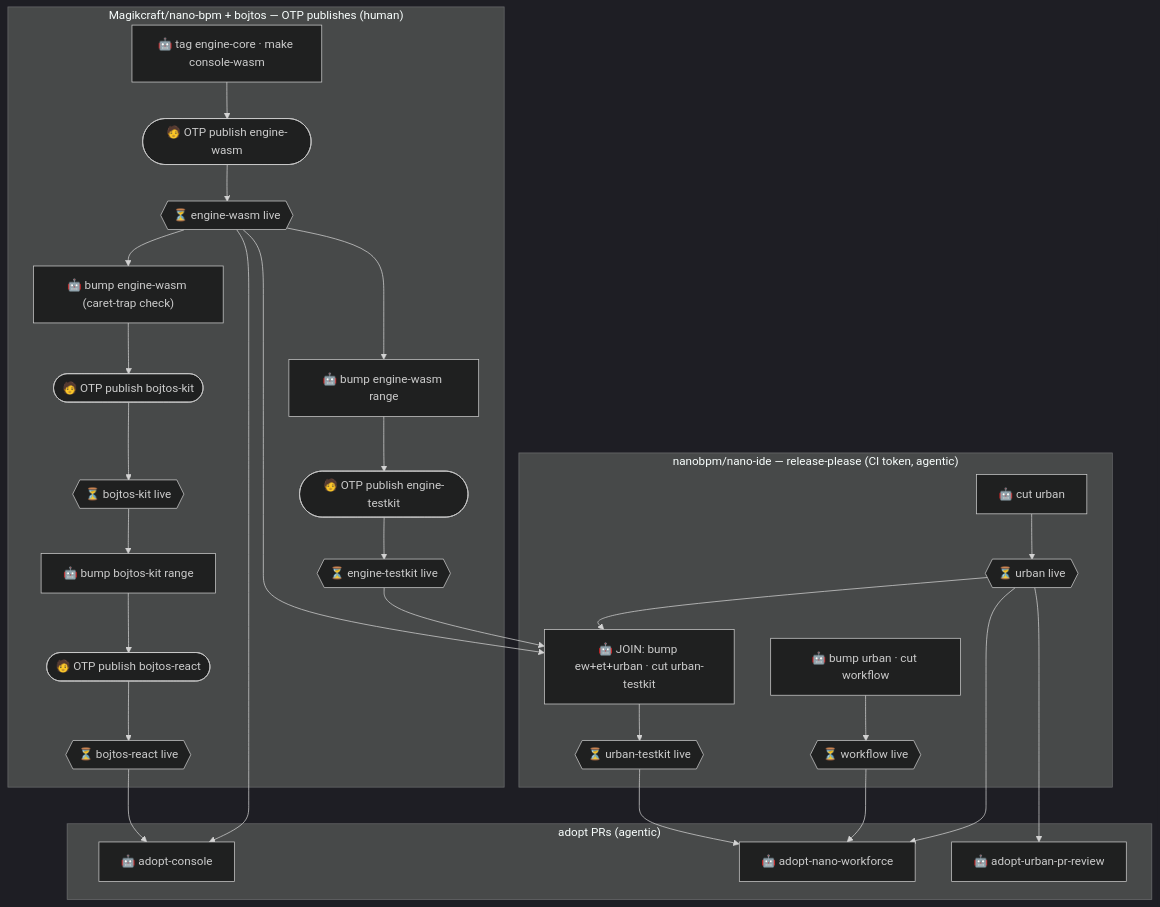
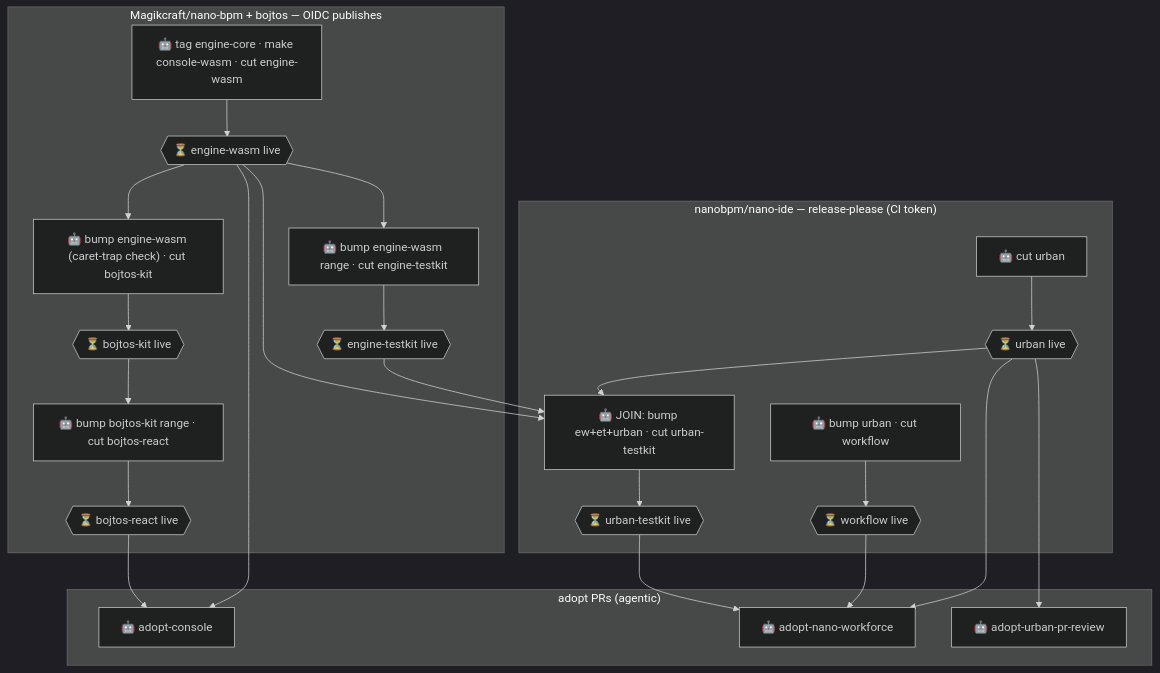
Before and after one commit to nanobpm/wasm-engine-release-graph: the diagram in README.md, drawn with Mermaid (dark theme). The commit also changed other lines of this file and 2 other files, not shown here.

First line of the commit message:
feat: fully-agentic release graph (OIDC publishing, no OTP stops)

````diff
--- a/README.md
+++ b/README.md
@@ -37,31 +42,31 @@
 ```mermaid
 flowchart TD
-  subgraph engine_bojtos["Magikcraft/nano-bpm + bojtos — OTP publishes (human)"]
-    ew-prep["🤖 tag engine-core · make console-wasm"] --> ew-publish(["🧑 OTP publish engine-wasm"]) --> ew-live{{"⏳ engine-wasm live"}}
-    et-bump["🤖 bump engine-wasm range"] --> et-publish(["🧑 OTP publish engine-testkit"]) --> et-live{{"⏳ engine-testkit live"}}
-    bk-bump["🤖 bump engine-wasm (caret-trap check)"] --> bk-publish(["🧑 OTP publish bojtos-kit"]) --> bk-live{{"⏳ bojtos-kit live"}}
-    br-bump["🤖 bump bojtos-kit range"] --> br-publish(["🧑 OTP publish bojtos-react"]) --> br-live{{"⏳ bojtos-react live"}}
+  subgraph engine_bojtos["Magikcraft/nano-bpm + bojtos — OIDC publishes"]
+    ew-release["🤖 tag engine-core · make console-wasm · cut engine-wasm"] --> ew-live{{"⏳ engine-wasm live"}}
+    et-release["🤖 bump engine-wasm range · cut engine-testkit"] --> et-live{{"⏳ engine-testkit live"}}
+    bk-release["🤖 bump engine-wasm (caret-trap check) · cut bojtos-kit"] --> bk-live{{"⏳ bojtos-kit live"}}
+    br-release["🤖 bump bojtos-kit range · cut bojtos-react"] --> br-live{{"⏳ bojtos-react live"}}
   end
-  subgraph urban_train["nanobpm/nano-ide — release-please (CI token, agentic)"]
+  subgraph urban_train["nanobpm/nano-ide — release-please (CI token)"]
     urban-release["🤖 cut urban"] --> urban-live{{"⏳ urban live"}}
     wf-bump["🤖 bump urban · cut workflow"] --> wf-live{{"⏳ workflow live"}}
     ut-bump["🤖 JOIN: bump ew+et+urban · cut urban-testkit"] --> ut-live{{"⏳ urban-testkit live"}}
   end
   subgraph sinks["adopt PRs (agentic)"]
     adopt-console["🤖 adopt-console"]
     adopt-nwf["🤖 adopt-nano-workforce"]
     adopt-upr["🤖 adopt-urban-pr-review"]
   end
-  ew-live --> et-bump
-  ew-live --> bk-bump
-  bk-live --> br-bump
+  ew-live --> et-release
+  ew-live --> bk-release
+  bk-live --> br-release
   ew-live --> ut-bump
   et-live --> ut-bump
   urban-live --> ut-bump
   br-live --> adopt-console
   ew-live --> adopt-console
   ut-live --> adopt-nwf
   wf-live --> adopt-nwf
   urban-live --> adopt-nwf
   urban-live --> adopt-upr
 ```
````
